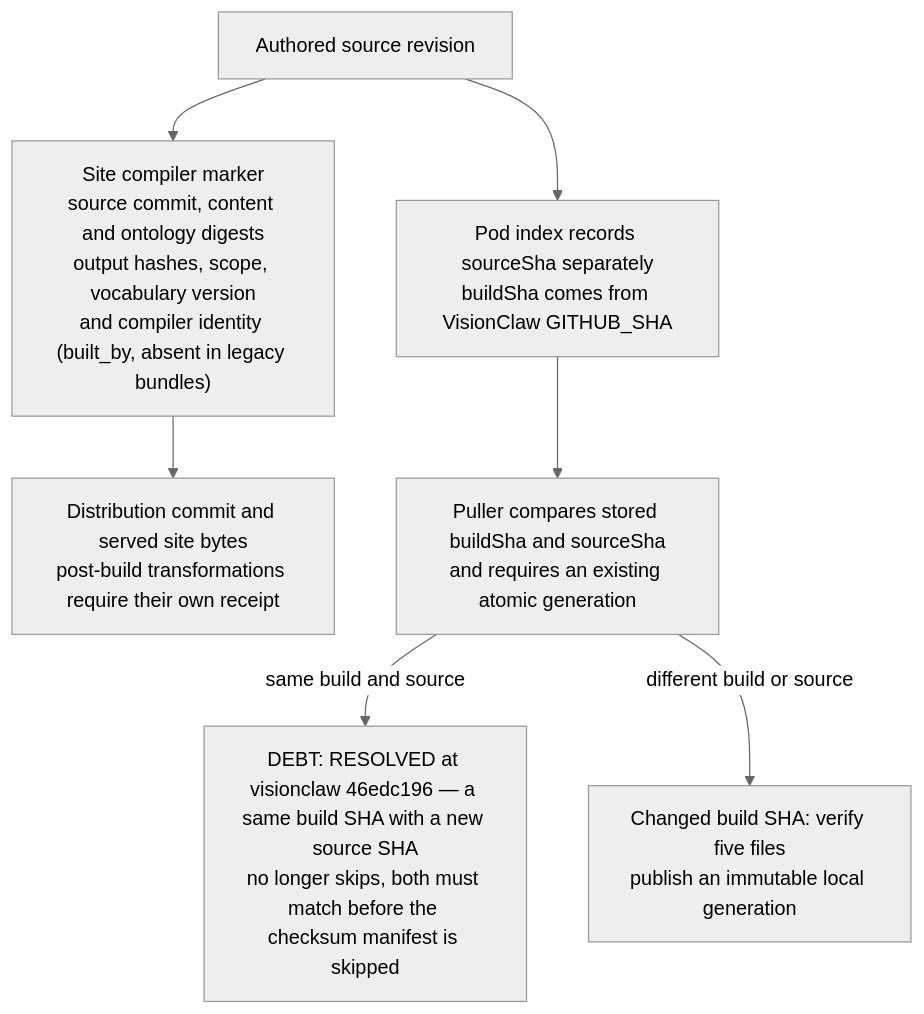
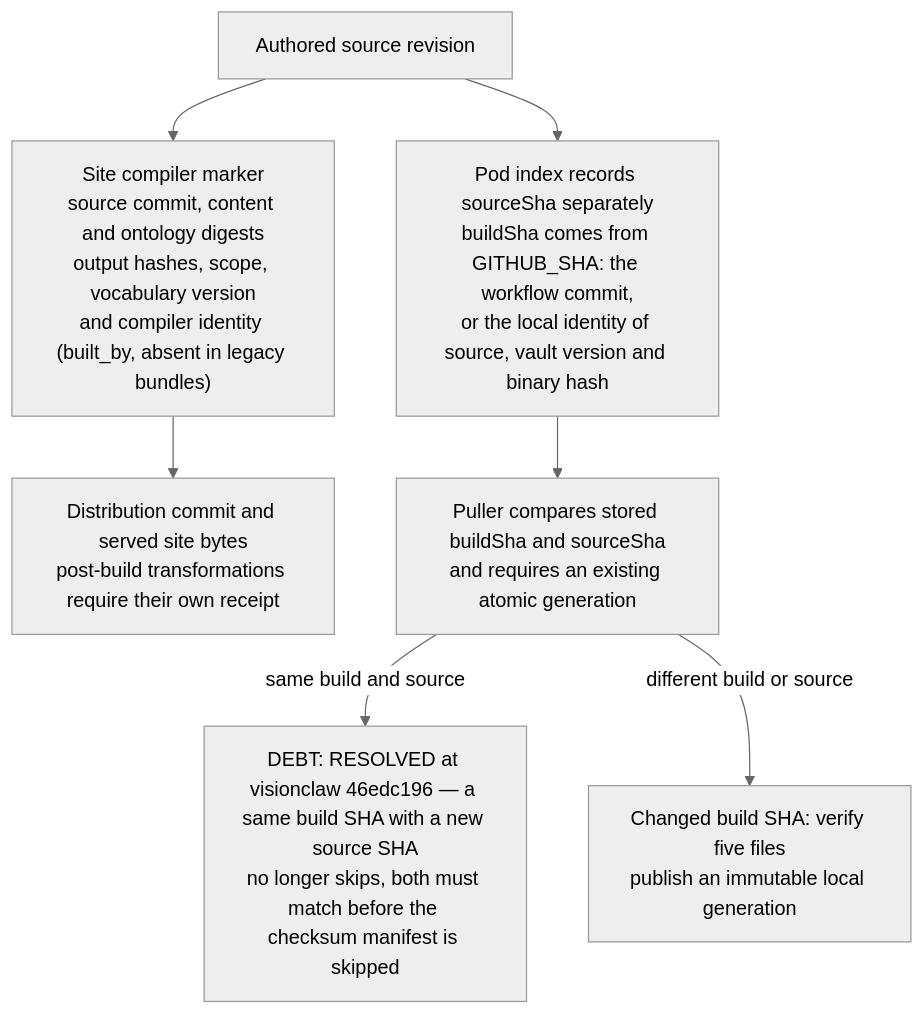
Before and after one commit to DreamLab-AI/VisionFlow: the second of 2 diagrams in docs/diagrams/visiongraph/04-downstream-contracts.md, drawn with Mermaid (neutral theme). The commit also changed other lines of this file and 5 other files, not shown here.

First line of the commit message:
diagrams(small-b): re-verify KG-06, VK-02/03/05, VG-01/04 at pinned heads

````diff
--- a/docs/diagrams/visiongraph/04-downstream-contracts.md
+++ b/docs/diagrams/visiongraph/04-downstream-contracts.md
@@ -64,26 +82,27 @@
 ```mermaid
 flowchart TB
     SOURCE["Authored source revision"]
     SITE["Site compiler marker<br/>source commit, content and ontology digests<br/>output hashes, scope, vocabulary version<br/>and compiler identity (built_by, absent in legacy bundles)"]
     PUBLIC["Distribution commit and served site bytes<br/>post-build transformations require their own receipt"]
-    POD["Pod index records sourceSha separately<br/>buildSha comes from VisionClaw GITHUB_SHA"]
+    POD["Pod index records sourceSha separately<br/>buildSha comes from GITHUB_SHA: the workflow commit,<br/>or the local identity of source, vault version and binary hash"]
     CHECK["Puller compares stored buildSha and sourceSha<br/>and requires an existing atomic generation"]
     SKIP["DEBT: RESOLVED at visionclaw 46edc196 — a same build SHA with a new source SHA<br/>no longer skips, both must match before the checksum manifest is skipped"]
     ACTIVATE["Changed build SHA: verify five files<br/>publish an immutable local generation"]
     SOURCE --> SITE --> PUBLIC
     SOURCE --> POD --> CHECK
     CHECK -->|"same build and source"| SKIP
     CHECK -->|"different build or source"| ACTIVATE
     %% Source: docs/PUBLICATION-contract.md:14
     %% Source: crates/ontomark-compile/src/build/generation.rs:92
     %% Source: crates/ontomark-compile/src/build/generation.rs:95
     %% Source: visionGraph/.github/workflows/publish.yml:370
     %% Source: scripts/ontology/pack-pod-resources.py:116
-    %% Source: src/services/ontology_pull.rs:207
-    %% Source: src/services/ontology_pull.rs:325-327
-    %% Source: src/services/ontology_pull.rs:752
-    %% Source: src/services/ontology_pull.rs:334
-    %% Source: src/services/ontology_pull.rs:351
-    %% Source: src/services/ontology_pull.rs:392
+    %% Source: scripts/ontology/build-local-release.sh:84
+    %% Source: src/services/ontology_pull.rs:250
+    %% Source: src/services/ontology_pull.rs:368-370
+    %% Source: src/services/ontology_pull.rs:869
+    %% Source: src/services/ontology_pull.rs:377
+    %% Source: src/services/ontology_pull.rs:394
+    %% Source: src/services/ontology_pull.rs:435
     %% Source: src/services/ontology_generation.rs:127
 ```
````
